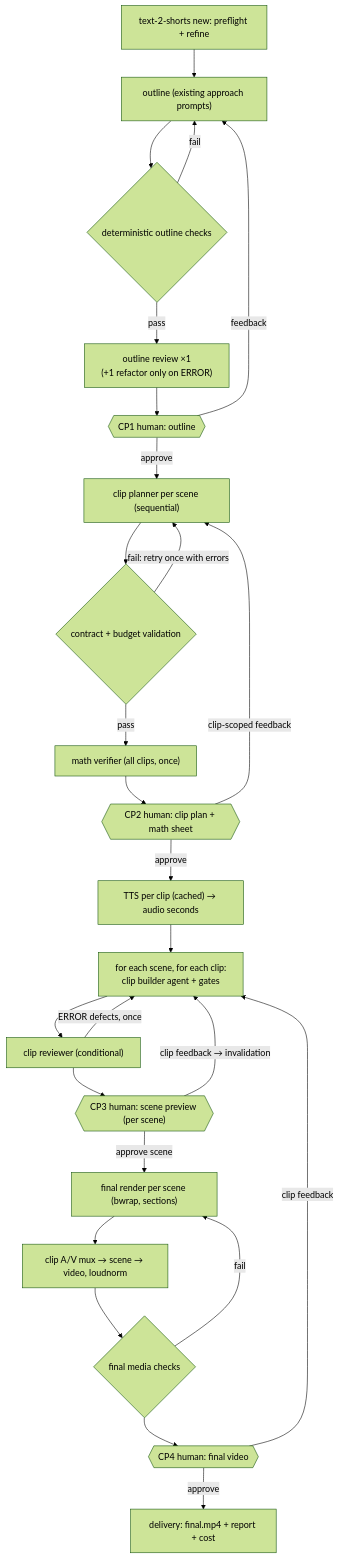
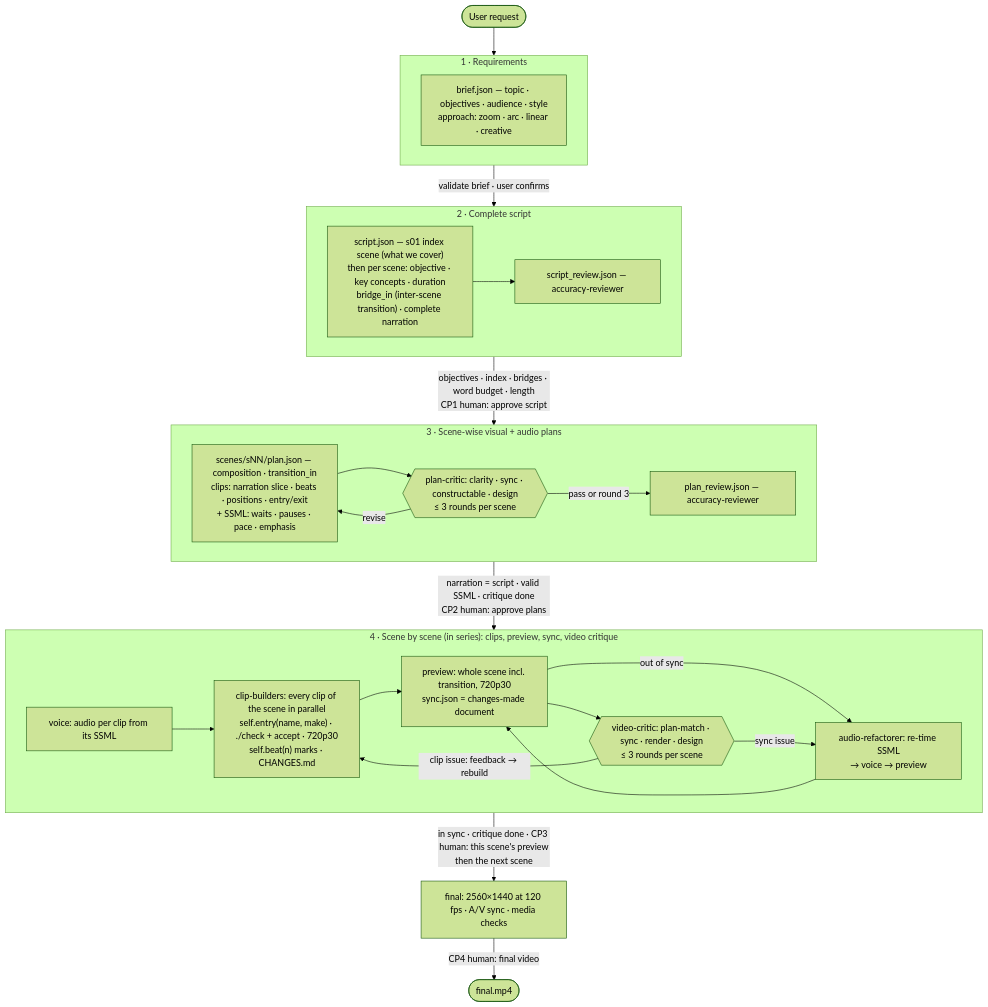
The diagram in diagrams/04-generation-pipeline.mmd (GARV-PATEL-11/Text-2-Shorts), drawn with Mermaid (forest theme) before and after one commit. The commit also changed 10 other files, not shown here.

```diff
--- a/diagrams/04-generation-pipeline.mmd
+++ b/diagrams/04-generation-pipeline.mmd
@@ -1,26 +1,31 @@
 flowchart TD
-    A["text-2-shorts new: preflight + refine"] --> B["outline (existing approach prompts)"]
-    B --> C{"deterministic outline checks"}
-    C -->|fail| B
-    C -->|pass| D["outline review ×1<br/>(+1 refactor only on ERROR)"]
-    D --> CP1{{"CP1 human: outline"}}
-    CP1 -->|feedback| B
-    CP1 -->|approve| E["clip planner per scene (sequential)"]
-    E --> F{"contract + budget validation"}
-    F -->|fail: retry once with errors| E
-    F -->|pass| G["math verifier (all clips, once)"]
-    G --> CP2{{"CP2 human: clip plan + math sheet"}}
-    CP2 -->|clip-scoped feedback| E
-    CP2 -->|approve| H["TTS per clip (cached) → audio seconds"]
-    H --> I["for each scene, for each clip:<br/>clip builder agent + gates"]
-    I --> J["clip reviewer (conditional)"]
-    J -->|ERROR defects, once| I
-    J --> CP3{{"CP3 human: scene preview (per scene)"}}
-    CP3 -->|clip feedback → invalidation| I
-    CP3 -->|approve scene| K["final render per scene (bwrap, sections)"]
-    K --> L["clip A/V mux → scene → video, loudnorm"]
-    L --> M{"final media checks"}
-    M -->|fail| K
-    M --> CP4{{"CP4 human: final video"}}
-    CP4 -->|clip feedback| I
-    CP4 -->|approve| N["delivery: final.mp4 + report + cost"]
+    U(["User request"]) --> R
+    subgraph R["1 · Requirements"]
+        B["brief.json — topic · objectives · audience · style<br/>approach: zoom · arc · linear · creative"]
+    end
+    R -->|"validate brief · user confirms"| S
+    subgraph S["2 · Complete script"]
+        SC["script.json — s01 index scene (what we cover)<br/>then per scene: objective · key concepts · duration<br/>bridge_in (inter-scene transition) · complete narration"]
+        SR["script_review.json — accuracy-reviewer"]
+        SC --> SR
+    end
+    S -->|"objectives · index · bridges · word budget · length<br/>CP1 human: approve script"| P
+    subgraph P["3 · Scene-wise visual + audio plans"]
+        PL["scenes/sNN/plan.json — composition · transition_in<br/>clips: narration slice · beats · positions · entry/exit<br/>+ SSML: waits · pauses · pace · emphasis"]
+        PC{{"plan-critic: clarity · sync · constructable · design<br/>≤ 3 rounds per scene"}}
+        PL --> PC -->|revise| PL
+        PR["plan_review.json — accuracy-reviewer"]
+        PC -->|pass or round 3| PR
+    end
+    P -->|"narration = script · valid SSML · critique done<br/>CP2 human: approve plans"| C
+    subgraph C["4 · Scene by scene (in series): clips, preview, sync, video critique"]
+        V["voice: audio per clip from its SSML"] --> K["clip-builders: every clip of the scene in parallel<br/>self.entry(name, make) · ./check + accept · 720p30<br/>self.beat(n) marks · CHANGES.md"]
+        K --> PV["preview: whole scene incl. transition, 720p30<br/>sync.json = changes-made document"]
+        PV -->|out of sync| AR["audio-refactorer: re-time SSML<br/>→ voice → preview"]
+        AR --> PV
+        PV --> VC{{"video-critic: plan-match · sync · render · design<br/>≤ 3 rounds per scene"}}
+        VC -->|"sync issue"| AR
+        VC -->|"clip issue: feedback → rebuild"| K
+    end
+    C -->|"in sync · critique done · CP3 human: this scene's preview<br/>then the next scene"| F["final: 2560×1440 at 120 fps · A/V sync · media checks"]
+    F -->|"CP4 human: final video"| D(["final.mp4"])
```
